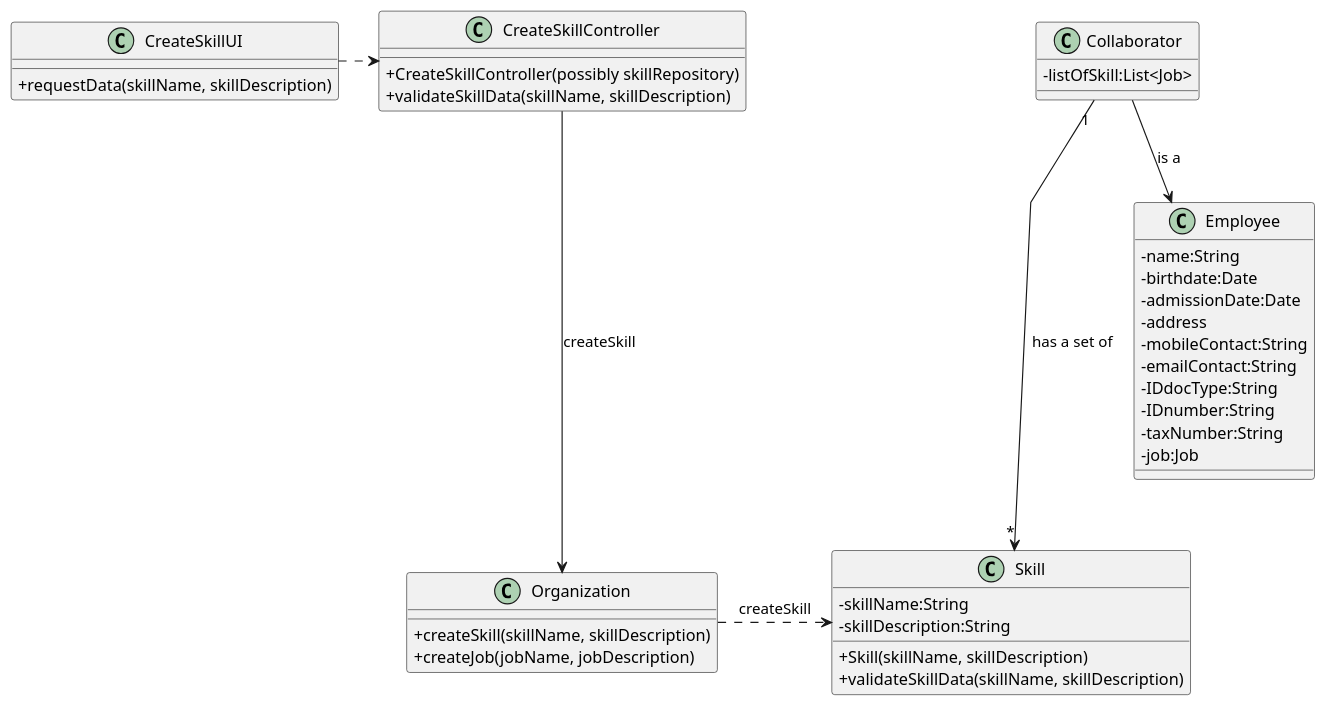
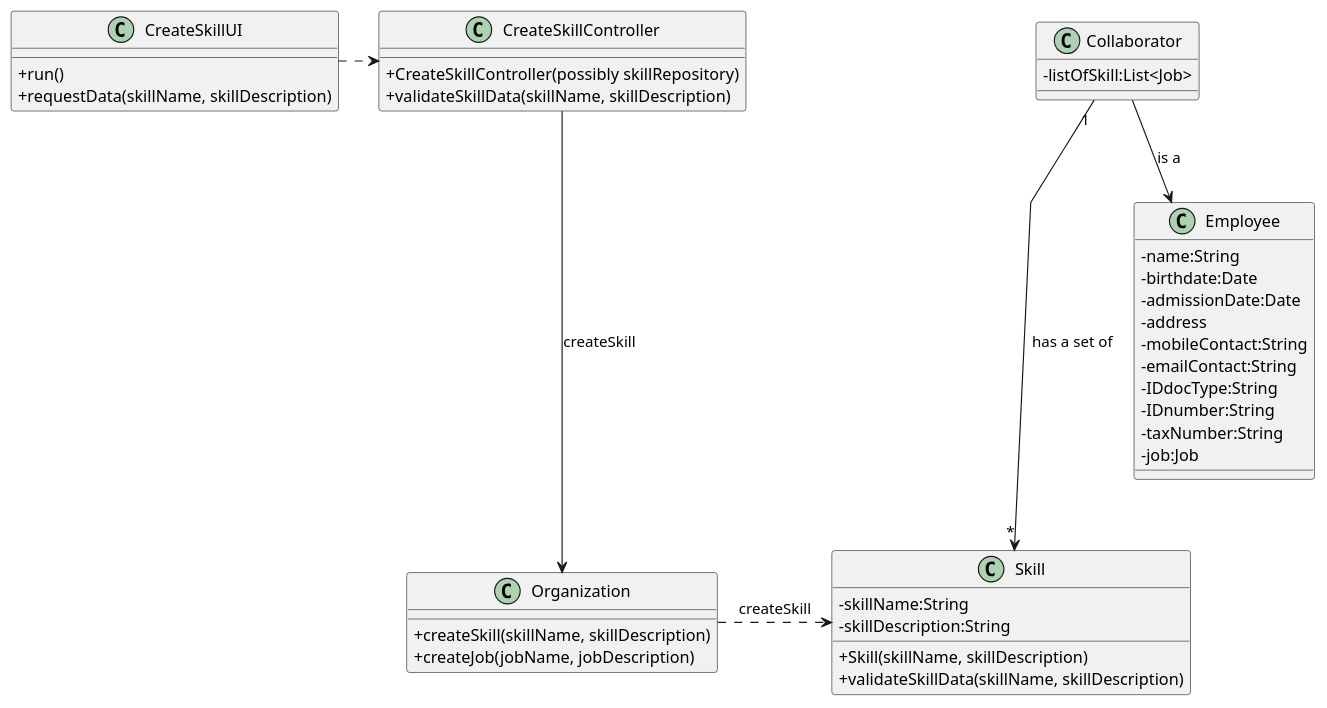
Before and after one commit to Paulo-Pereira-at-ISEP/lei-24-s2-1nanb-g321: the diagram in docs/sprintB/us01/03.design/puml/us01-class-diagram.puml, drawn with PlantUML.

Commit message:
LGGPM-116 - US01 - Design - Class Diagram update

```diff
--- a/docs/sprintB/us01/03.design/puml/us01-class-diagram.puml
+++ b/docs/sprintB/us01/03.design/puml/us01-class-diagram.puml
@@ -1,62 +1,63 @@
 @startuml
 'skinparam monochrome true
 skinparam packageStyle rectangle
 skinparam shadowing false
 skinparam linetype polyline
 'skinparam linetype orto
 
 skinparam classAttributeIconSize 0
 
 'left to right direction
 
 class CreateSkillController {
     + CreateSkillController(possibly skillRepository)
     + validateSkillData(skillName, skillDescription)
 
 }
 
 
 class CreateSkillUI {
+    +run()
     +requestData(skillName, skillDescription)
 }
 
 
 class Employee{
     -name:String
     -birthdate:Date
     -admissionDate:Date
     -address
     -mobileContact:String
     -emailContact:String
     -IDdocType:String
     -IDnumber:String
     -taxNumber:String
     -job:Job
 
 }
 
 class Collaborator {
     -listOfSkill:List<Job>
 }
 
 class Organization {
     +createSkill(skillName, skillDescription)
     +createJob(jobName, jobDescription)
 }
 
 
 class Skill {
     -skillName:String
     -skillDescription:String
 
     +Skill(skillName, skillDescription)
     +validateSkillData(skillName, skillDescription)
 }
 
 CreateSkillUI .> CreateSkillController
 Collaborator "1" ---> "*" Skill : has a set of
 CreateSkillController --->  Organization : createSkill
 Organization .> Skill : createSkill
 Collaborator --> Employee : is a
 
 @enduml
```
